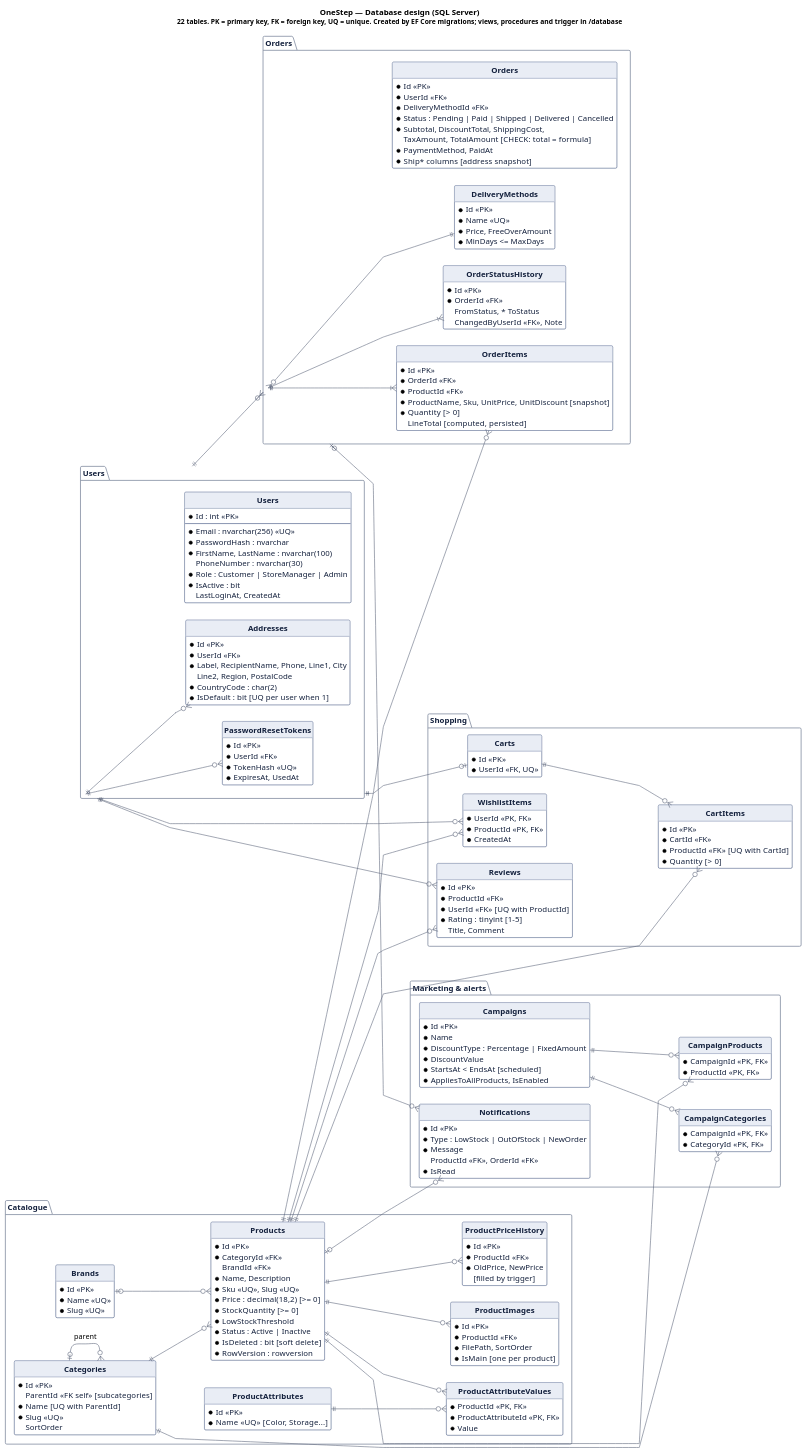
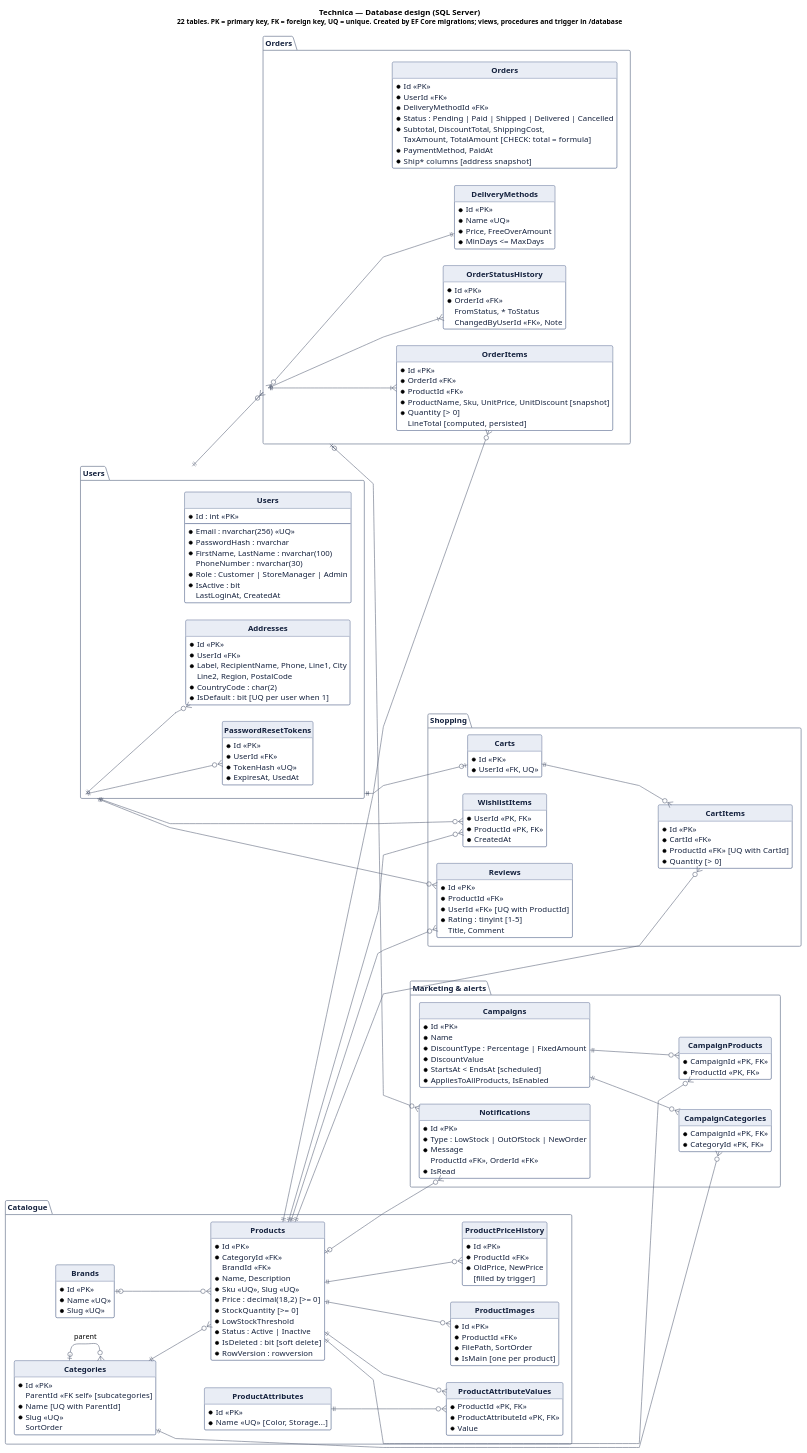
Before and after one commit to Khutsuna/OneStep: the diagram in docs/architecture/database-er.puml, drawn with PlantUML. The commit also changed 79 other files, not shown here.

Commit message:
feat: rename to Technica, night mode, Georgian C4 diagrams

```diff
--- a/docs/architecture/database-er.puml
+++ b/docs/architecture/database-er.puml
@@ -1,5 +1,5 @@
 @startuml database-er
-title OneStep — Database design (SQL Server)\n<size:12>22 tables. PK = primary key, FK = foreign key, UQ = unique. Created by EF Core migrations; views, procedures and trigger in /database</size>
+title Technica — Database design (SQL Server)\n<size:12>22 tables. PK = primary key, FK = foreign key, UQ = unique. Created by EF Core migrations; views, procedures and trigger in /database</size>
 
 skinparam defaultFontName "Arial"
 skinparam backgroundColor #ffffff
```
